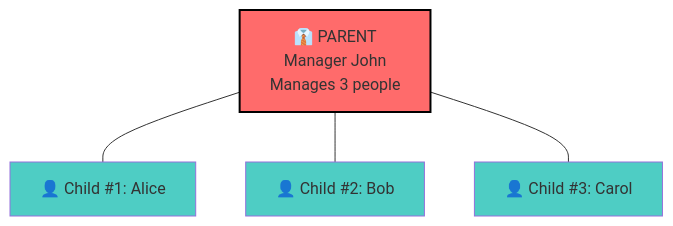
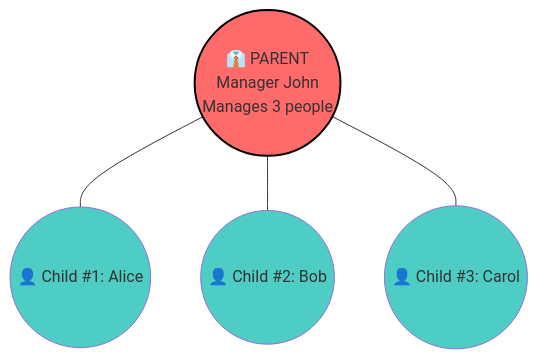
One commit to ARYAN-KUMAR-22/dsa changed the fourth of 23 diagrams in tree/01_tree_terminology.md. Above: the diagram before and after it, drawn with Mermaid. The commit also changed other lines of this file, not shown here.

Commit message:
Convert all node representations to circles in tree diagrams for consistent visualization

````diff
--- a/tree/01_tree_terminology.md
+++ b/tree/01_tree_terminology.md
@@ -115,16 +115,16 @@
 ```mermaid
 graph TD
-    P["👔 PARENT<br/>Manager John<br/>Manages 3 people"]
-    C1["👤 Child #1: Alice"]
-    C2["👤 Child #2: Bob"]
-    C3["👤 Child #3: Carol"]
+    P((👔 PARENT<br/>Manager John<br/>Manages 3 people))
+    C1((👤 Child #1: Alice))
+    C2((👤 Child #2: Bob))
+    C3((👤 Child #3: Carol))
     
     P --- C1
     P --- C2
     P --- C3
     
     style P fill:#ff6b6b,stroke:#000,stroke-width:2px
     style C1 fill:#4ecdc4
     style C2 fill:#4ecdc4
     style C3 fill:#4ecdc4
 ```
````
